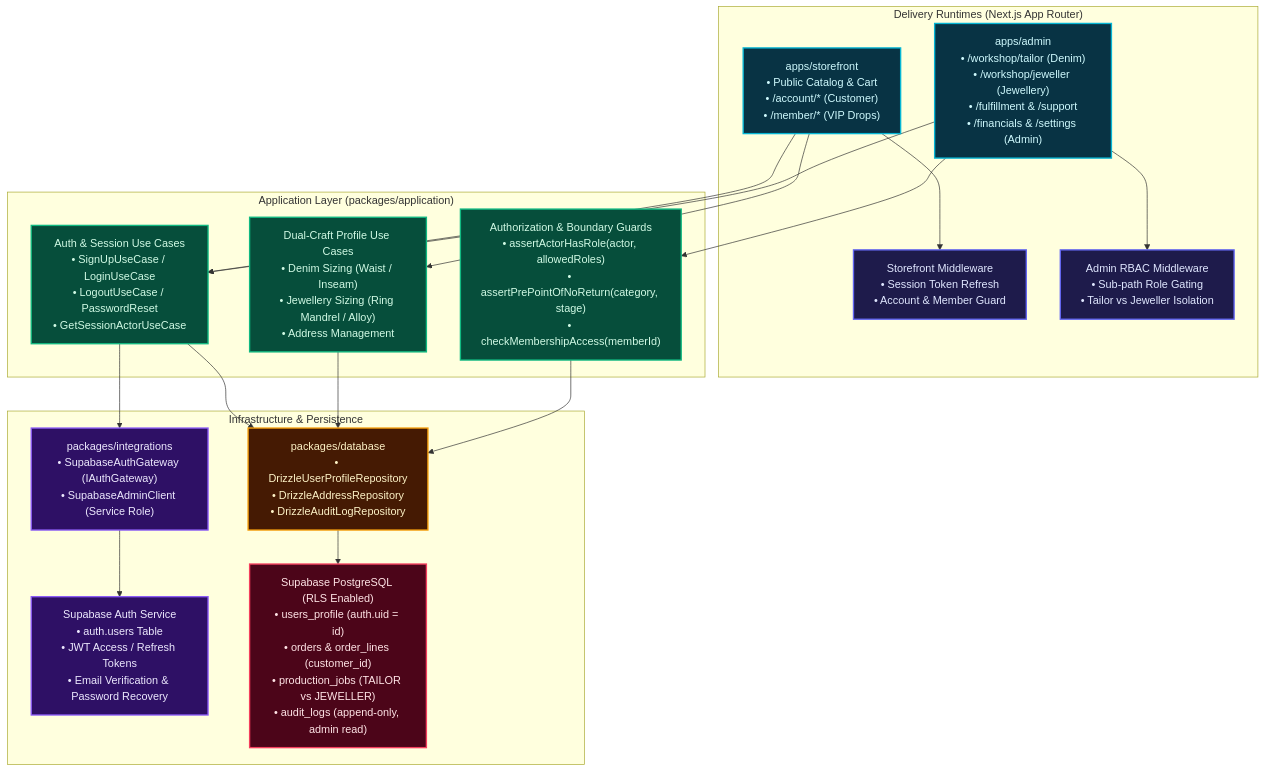
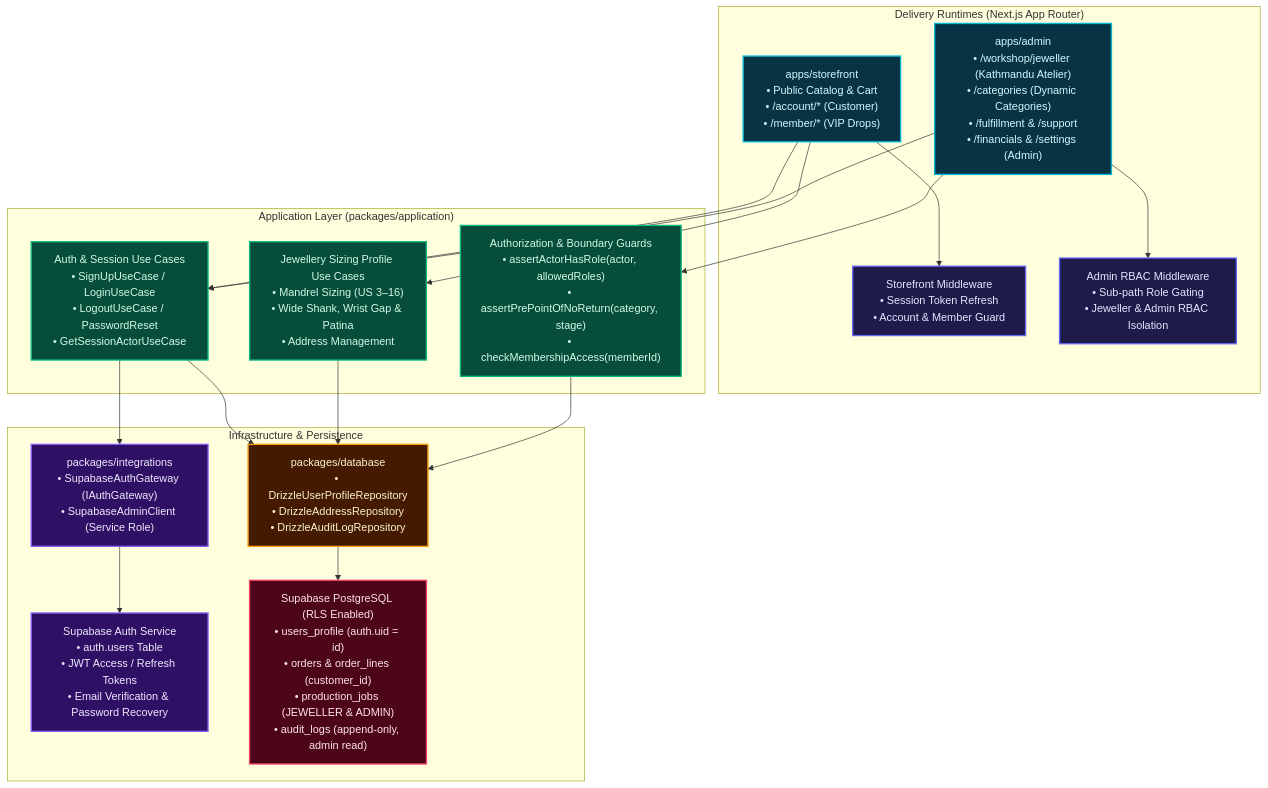
One commit to Sarthak2233/Jeanius changed the diagram in docs/assets/diagrams/src/supabase-auth-and-security-architecture.mmd. Above: the diagram before and after it, drawn with Mermaid. The commit also changed 145 other files, not shown here.

```diff
--- a/docs/assets/diagrams/src/supabase-auth-and-security-architecture.mmd
+++ b/docs/assets/diagrams/src/supabase-auth-and-security-architecture.mmd
@@ -1,49 +1,49 @@
 graph TD
     subgraph ClientAndDelivery["Delivery Runtimes (Next.js App Router)"]
         Storefront["apps/storefront<br/>• Public Catalog & Cart<br/>• /account/* (Customer)<br/>• /member/* (VIP Drops)"]
-        Admin["apps/admin<br/>• /workshop/tailor (Denim)<br/>• /workshop/jeweller (Jewellery)<br/>• /fulfillment & /support<br/>• /financials & /settings (Admin)"]
+        Admin["apps/admin<br/>• /workshop/jeweller (Kathmandu Atelier)<br/>• /categories (Dynamic Categories)<br/>• /fulfillment & /support<br/>• /financials & /settings (Admin)"]
         StoreMiddleware["Storefront Middleware<br/>• Session Token Refresh<br/>• Account & Member Guard"]
-        AdminMiddleware["Admin RBAC Middleware<br/>• Sub-path Role Gating<br/>• Tailor vs Jeweller Isolation"]
+        AdminMiddleware["Admin RBAC Middleware<br/>• Sub-path Role Gating<br/>• Jeweller & Admin RBAC Isolation"]
     end
 
     subgraph AppUseCases["Application Layer (packages/application)"]
         AuthCases["Auth & Session Use Cases<br/>• SignUpUseCase / LoginUseCase<br/>• LogoutUseCase / PasswordReset<br/>• GetSessionActorUseCase"]
-        ProfileCases["Dual-Craft Profile Use Cases<br/>• Denim Sizing (Waist / Inseam)<br/>• Jewellery Sizing (Ring Mandrel / Alloy)<br/>• Address Management"]
+        ProfileCases["Jewellery Sizing Profile Use Cases<br/>• Mandrel Sizing (US 3–16)<br/>• Wide Shank, Wrist Gap & Patina<br/>• Address Management"]
         GuardRules["Authorization & Boundary Guards<br/>• assertActorHasRole(actor, allowedRoles)<br/>• assertPrePointOfNoReturn(category, stage)<br/>• checkMembershipAccess(memberId)"]
     end
 
     subgraph AdaptersAndStorage["Infrastructure & Persistence"]
         AuthGateway["packages/integrations<br/>• SupabaseAuthGateway (IAuthGateway)<br/>• SupabaseAdminClient (Service Role)"]
         DrizzleRepos["packages/database<br/>• DrizzleUserProfileRepository<br/>• DrizzleAddressRepository<br/>• DrizzleAuditLogRepository"]
         SupabaseAuthService["Supabase Auth Service<br/>• auth.users Table<br/>• JWT Access / Refresh Tokens<br/>• Email Verification & Password Recovery"]
-        PostgresRLS["Supabase PostgreSQL (RLS Enabled)<br/>• users_profile (auth.uid = id)<br/>• orders & order_lines (customer_id)<br/>• production_jobs (TAILOR vs JEWELLER)<br/>• audit_logs (append-only, admin read)"]
+        PostgresRLS["Supabase PostgreSQL (RLS Enabled)<br/>• users_profile (auth.uid = id)<br/>• orders & order_lines (customer_id)<br/>• production_jobs (JEWELLER & ADMIN)<br/>• audit_logs (append-only, admin read)"]
     end
 
     Storefront --> StoreMiddleware
     Admin --> AdminMiddleware
     Storefront --> AuthCases
     Storefront --> ProfileCases
     Admin --> AuthCases
     Admin --> GuardRules
 
     AuthCases --> AuthGateway
     AuthCases --> DrizzleRepos
     ProfileCases --> DrizzleRepos
     GuardRules --> DrizzleRepos
 
     AuthGateway --> SupabaseAuthService
     DrizzleRepos --> PostgresRLS
 
     classDef emerald fill:#064e3b,stroke:#10b981,stroke-width:2px,color:#d1fae5;
     classDef cyan fill:#083344,stroke:#06b6d4,stroke-width:2px,color:#cffafe;
     classDef indigo fill:#1e1b4b,stroke:#6366f1,stroke-width:2px,color:#e0e7ff;
     classDef amber fill:#451a03,stroke:#f59e0b,stroke-width:2px,color:#fef3c7;
     classDef rose fill:#4c0519,stroke:#f43f5e,stroke-width:2px,color:#ffe4e6;
     classDef violet fill:#2e1065,stroke:#8b5cf6,stroke-width:2px,color:#ede9fe;
 
     class Storefront,Admin cyan;
     class StoreMiddleware,AdminMiddleware indigo;
     class AuthCases,ProfileCases,GuardRules emerald;
     class AuthGateway,SupabaseAuthService violet;
     class DrizzleRepos amber;
     class PostgresRLS rose;
```
